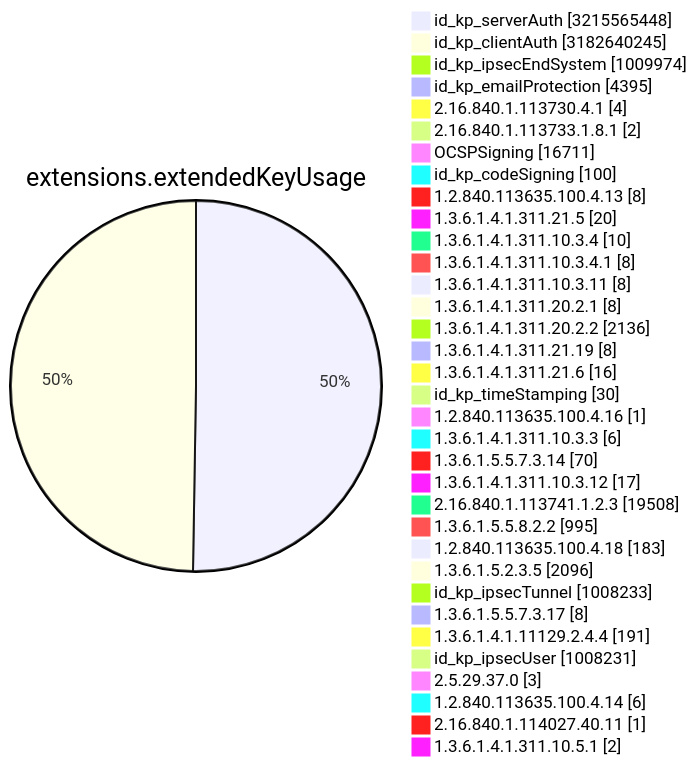
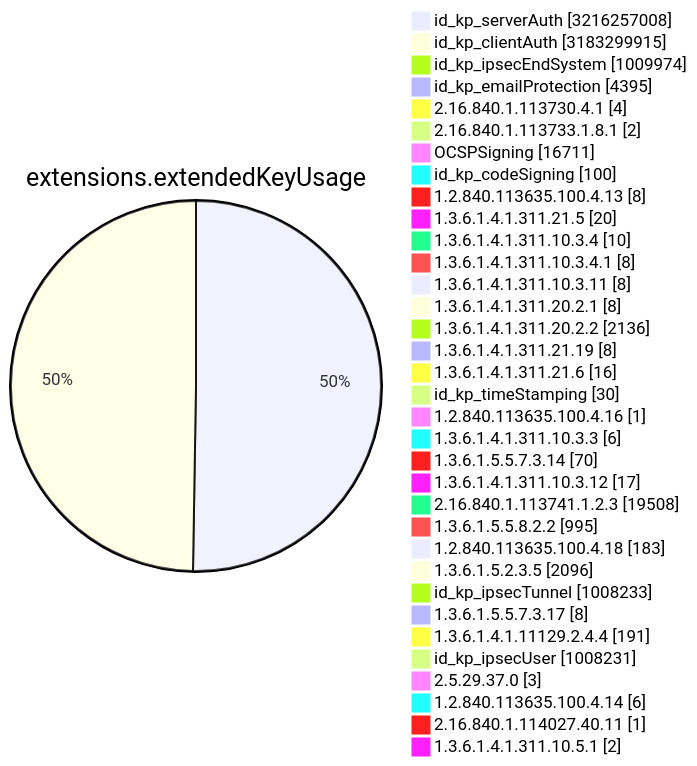
Before and after one commit to christiankrug/ctmonitor_visualization: diagram 11 of 15 in TOTAL/README.md, drawn with Mermaid. The commit also changed other lines of this file, not shown here.

````diff
--- a/TOTAL/README.md
+++ b/TOTAL/README.md
@@ -4119,38 +4119,38 @@
 ```mermaid
 pie showData
 title extensions.extendedKeyUsage
-"id_kp_serverAuth" :3215565448
-"id_kp_clientAuth" :3182640245
+"id_kp_serverAuth" :3216257008
+"id_kp_clientAuth" :3183299915
 "id_kp_ipsecEndSystem" :1009974
 "id_kp_emailProtection" :4395
 "2.16.840.1.113730.4.1" :4
 "2.16.840.1.113733.1.8.1" :2
 "OCSPSigning" :16711
 "id_kp_codeSigning" :100
 "1.2.840.113635.100.4.13" :8
 "1.3.6.1.4.1.311.21.5" :20
 "1.3.6.1.4.1.311.10.3.4" :10
 "1.3.6.1.4.1.311.10.3.4.1" :8
 "1.3.6.1.4.1.311.10.3.11" :8
 "1.3.6.1.4.1.311.20.2.1" :8
 "1.3.6.1.4.1.311.20.2.2" :2136
 "1.3.6.1.4.1.311.21.19" :8
 "1.3.6.1.4.1.311.21.6" :16
 "id_kp_timeStamping" :30
 "1.2.840.113635.100.4.16" :1
 "1.3.6.1.4.1.311.10.3.3" :6
 "1.3.6.1.5.5.7.3.14" :70
 "1.3.6.1.4.1.311.10.3.12" :17
 "2.16.840.1.113741.1.2.3" :19508
 "1.3.6.1.5.5.8.2.2" :995
 "1.2.840.113635.100.4.18" :183
 "1.3.6.1.5.2.3.5" :2096
 "id_kp_ipsecTunnel" :1008233
 "1.3.6.1.5.5.7.3.17" :8
 "1.3.6.1.4.1.11129.2.4.4" :191
 "id_kp_ipsecUser" :1008231
 "2.5.29.37.0" :3
 "1.2.840.113635.100.4.14" :6
 "2.16.840.1.114027.40.11" :1
 "1.3.6.1.4.1.311.10.5.1" :2
 ```
````
